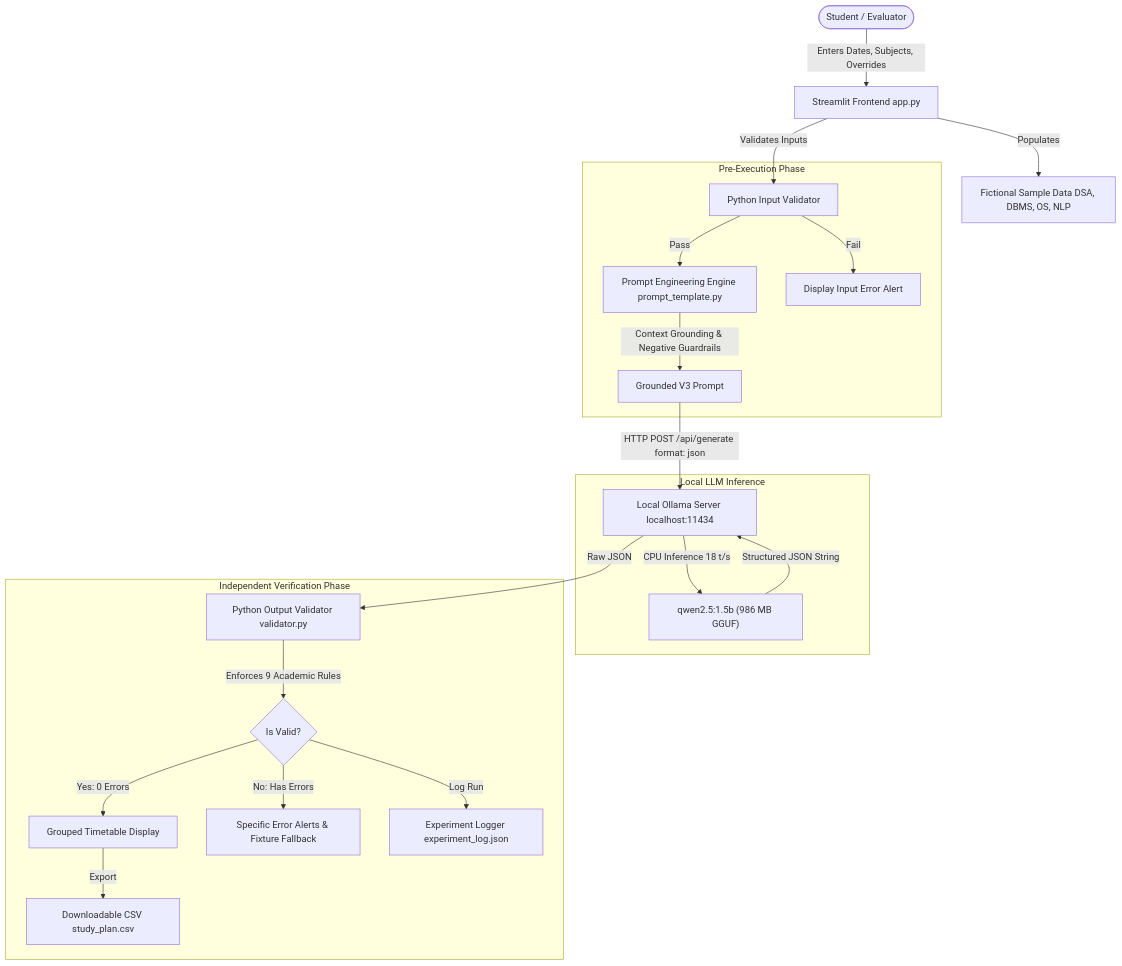
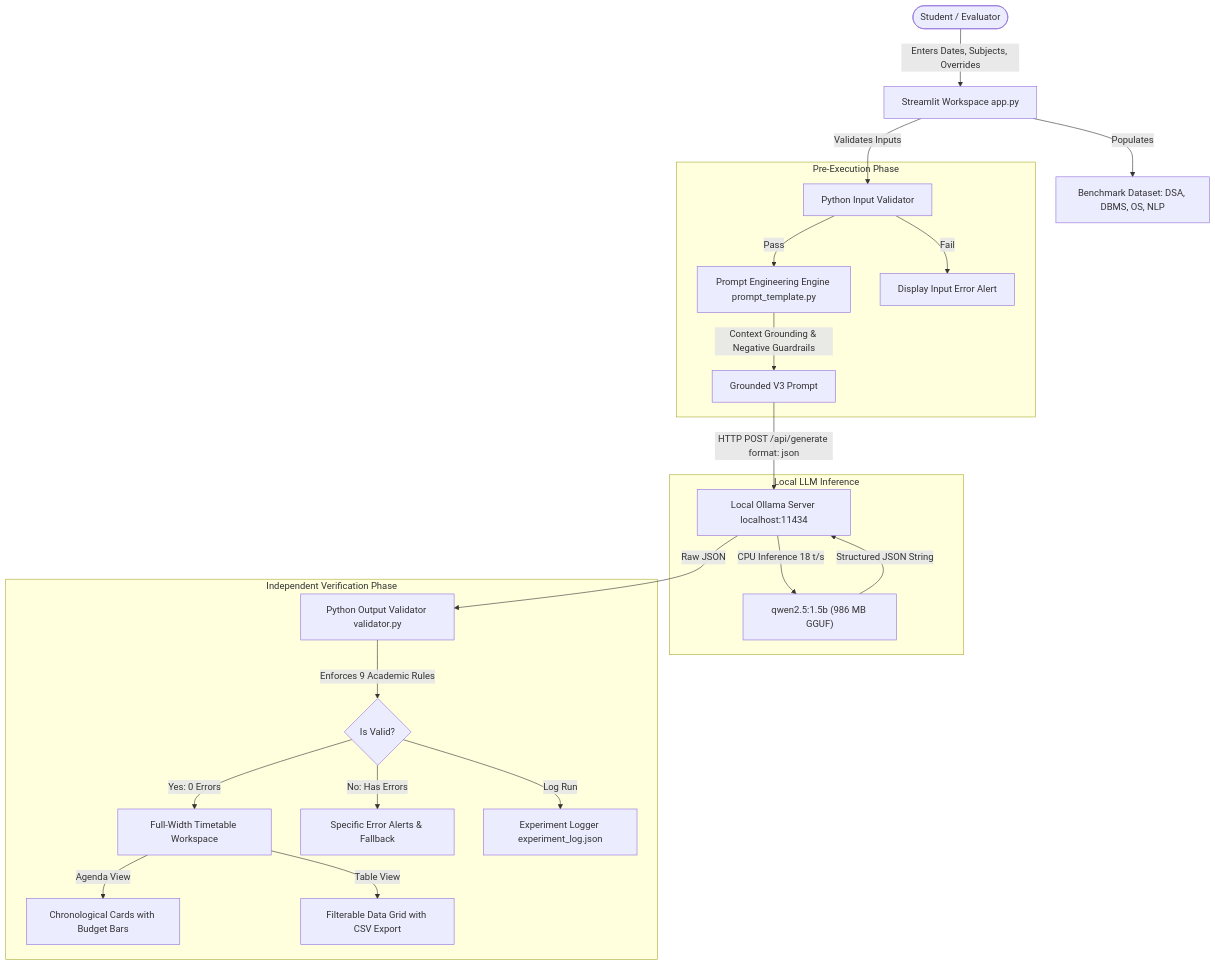
Before and after one commit to MokshFF/AI-Study-plan-generator: the diagram in docs/Milestone2_Technical_Report.md, drawn with Mermaid. The commit also changed other lines of this file and 3 other files, not shown here.

````diff
--- a/docs/Milestone2_Technical_Report.md
+++ b/docs/Milestone2_Technical_Report.md
@@ -54,27 +55,28 @@
 ```mermaid
 flowchart TD
-    User([Student / Evaluator]) -->|Enters Dates, Subjects, Overrides| UI[Streamlit Frontend app.py]
-    UI -->|Populates| Sample[Fictional Sample Data DSA, DBMS, OS, NLP]
+    User([Student / Evaluator]) -->|Enters Dates, Subjects, Overrides| UI[Streamlit Workspace app.py]
+    UI -->|Populates| Sample[Benchmark Dataset: DSA, DBMS, OS, NLP]
     UI -->|Validates Inputs| InVal[Python Input Validator]
     
     subgraph PreExecution["Pre-Execution Phase"]
         InVal -->|Pass| PE[Prompt Engineering Engine prompt_template.py]
         InVal -->|Fail| InErr[Display Input Error Alert]
         PE -->|Context Grounding & Negative Guardrails| PromptV3[Grounded V3 Prompt]
     end
 
     subgraph LLMExecution["Local LLM Inference"]
         PromptV3 -->|HTTP POST /api/generate format: json| Ollama[Local Ollama Server localhost:11434]
         Ollama -->|CPU Inference 18 t/s| Model["qwen2.5:1.5b (986 MB GGUF)"]
         Model -->|Structured JSON String| Ollama
     end
 
     subgraph PostExecution["Independent Verification Phase"]
         Ollama -->|Raw JSON| OutVal[Python Output Validator validator.py]
         OutVal -->|Enforces 9 Academic Rules| ValCheck{Is Valid?}
-        ValCheck -->|Yes: 0 Errors| Timetable[Grouped Timetable Display]
-        ValCheck -->|No: Has Errors| ErrBanner[Specific Error Alerts & Fixture Fallback]
-        Timetable -->|Export| CSV[Downloadable CSV study_plan.csv]
+        ValCheck -->|Yes: 0 Errors| Timetable[Full-Width Timetable Workspace]
+        ValCheck -->|No: Has Errors| ErrBanner[Specific Error Alerts & Fallback]
+        Timetable -->|Agenda View| Agenda[Chronological Cards with Budget Bars]
+        Timetable -->|Table View| Table[Filterable Data Grid with CSV Export]
         ValCheck -->|Log Run| ExpLog[Experiment Logger experiment_log.json]
     end
 ```
````
